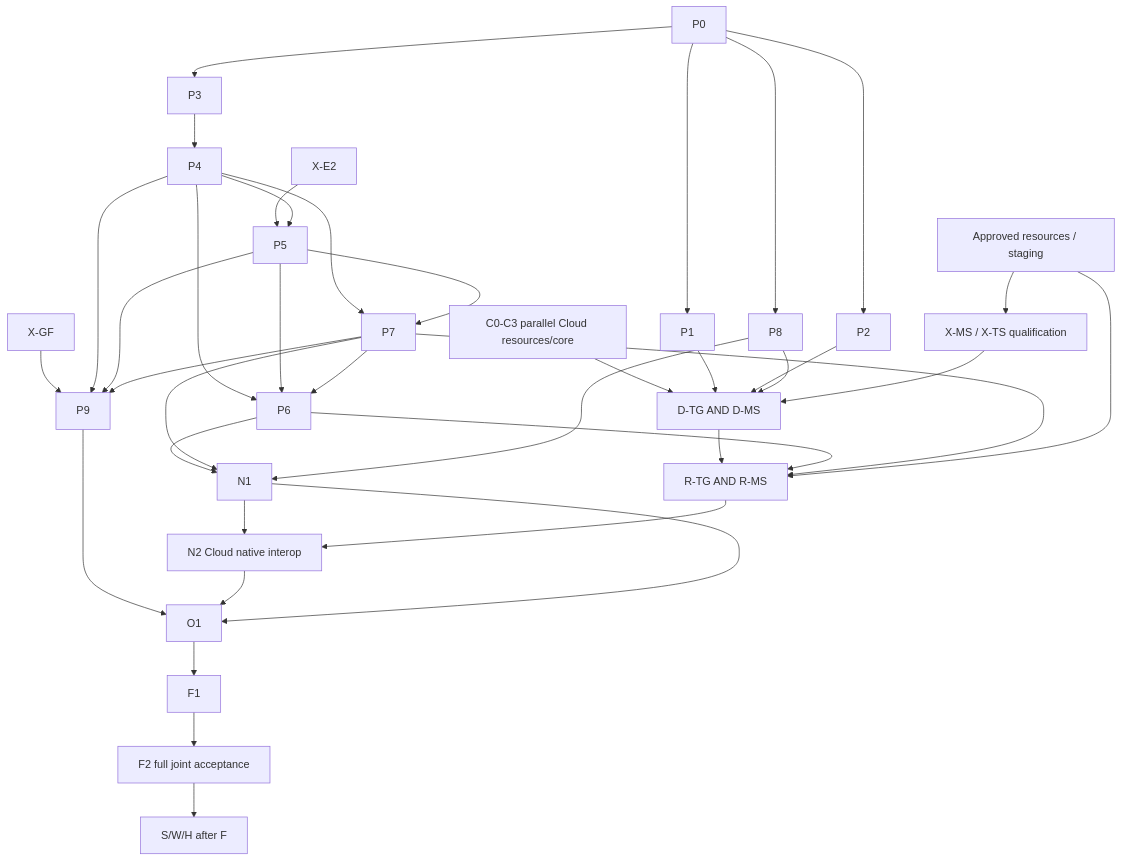
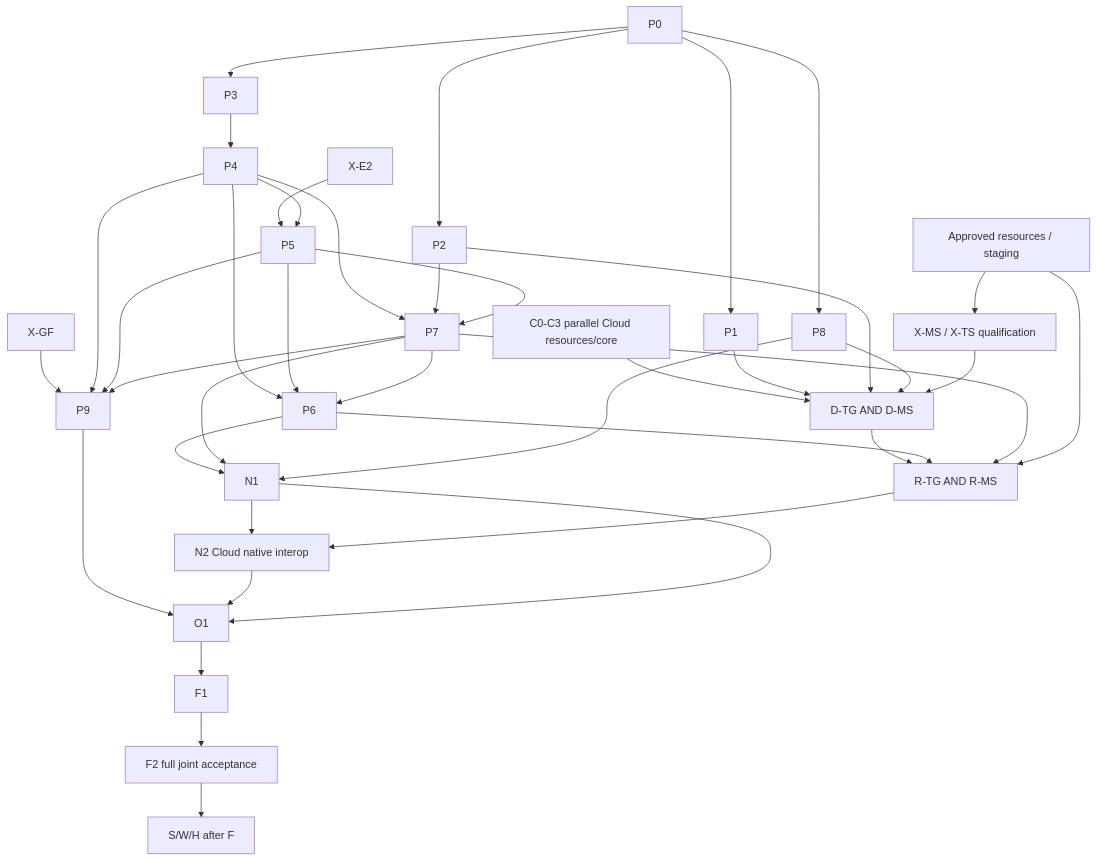
One commit to awebai/aweb changed the diagram in docs/human-channels-oss-build-plan.md. Above: the diagram before and after it, drawn with Mermaid. The commit also changed other lines of this file, not shown here.

````diff
--- a/docs/human-channels-oss-build-plan.md
+++ b/docs/human-channels-oss-build-plan.md
@@ -294,40 +322,41 @@
 ```mermaid
 flowchart TD
   P0 --> P1
   P0 --> P2
   P0 --> P3
   P0 --> P8
   P3 --> P4
   XE[X-E2] --> P5
   P4 --> P5
   P4 --> P7
+  P2 --> P7
   P5 --> P7
   P4 --> P6
   P5 --> P6
   P7 --> P6
   XG[X-GF] --> P9
   P4 --> P9
   P5 --> P9
   P7 --> P9
   P6 --> N1
   P7 --> N1
   P8 --> N1
   C[C0-C3 parallel Cloud resources/core] --> D[ D-TG AND D-MS ]
   P1 --> D
   P2 --> D
   P8 --> D
   MS[X-MS / X-TS qualification] --> D
   D --> R[ R-TG AND R-MS ]
   P6 --> R
   P7 --> R
   N1 --> N[N2 Cloud native interop]
   R --> N
   P9 --> O1
   N --> O1
   N1 --> O1
   O1 --> F1
   F0[Approved resources / staging] --> MS
   F0 --> R
   F1 --> F2[ F2 full joint acceptance ]
   F2 --> SWH[S/W/H after F]
 ```
````
